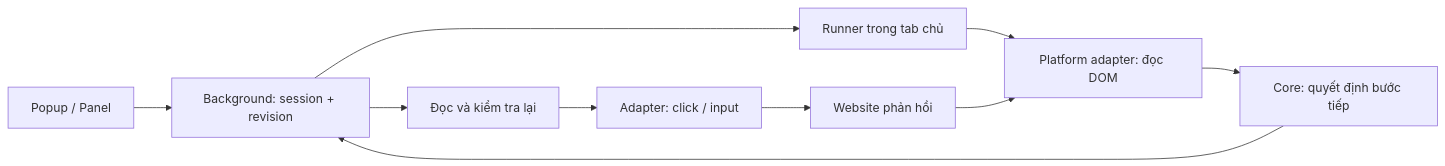
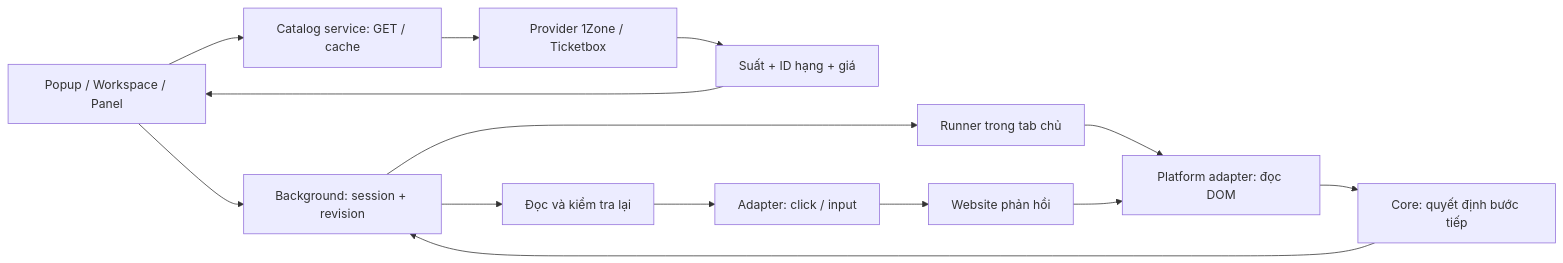
Before and after one commit to Mrnobody102/ticket-sp: the first of 2 diagrams in docs/CO_CHE_HOAT_DONG.md, drawn with Mermaid. The commit also changed other lines of this file and 43 other files, not shown here.

````diff
--- a/docs/CO_CHE_HOAT_DONG.md
+++ b/docs/CO_CHE_HOAT_DONG.md
@@ -15,12 +15,16 @@
 ```mermaid
 flowchart LR
-  UI[Popup / Panel] --> BG[Background: session + revision]
+  UI[Popup / Workspace / Panel] --> BG[Background: session + revision]
+  UI --> CAT[Catalog service: GET / cache]
+  CAT --> API[Provider 1Zone / Ticketbox]
+  API --> DATA[Suất + ID hạng + giá]
+  DATA --> UI
   BG --> RUN[Runner trong tab chủ]
   RUN --> READ[Platform adapter: đọc DOM]
   READ --> CORE[Core: quyết định bước tiếp]
   CORE --> BG
   BG --> VERIFY[Đọc và kiểm tra lại]
   VERIFY --> EXEC[Adapter: click / input]
   EXEC --> SITE[Website phản hồi]
   SITE --> READ
 ```
````
